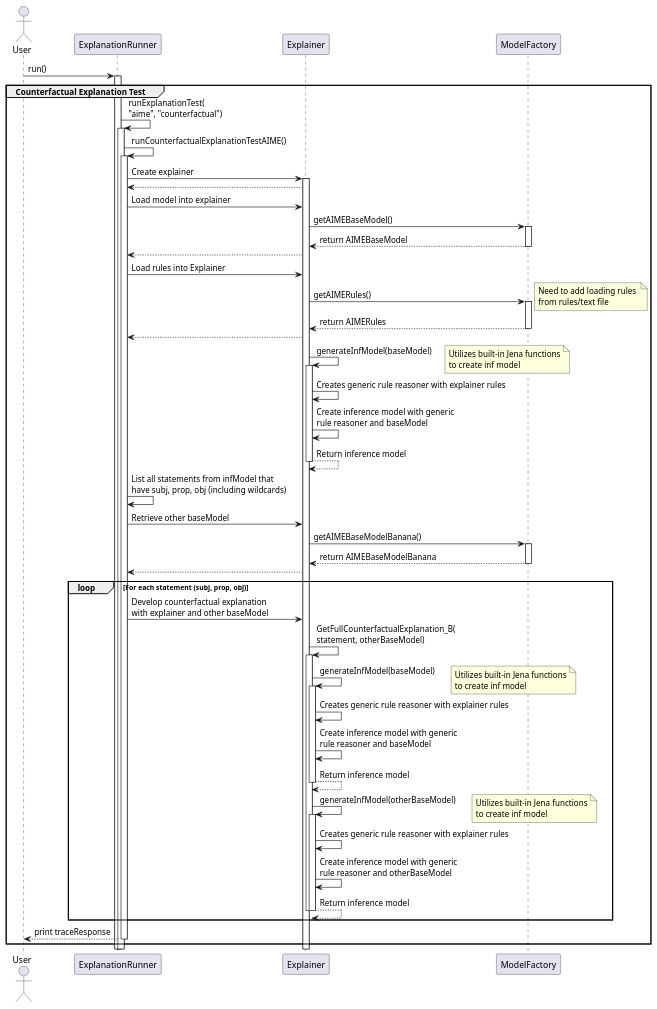
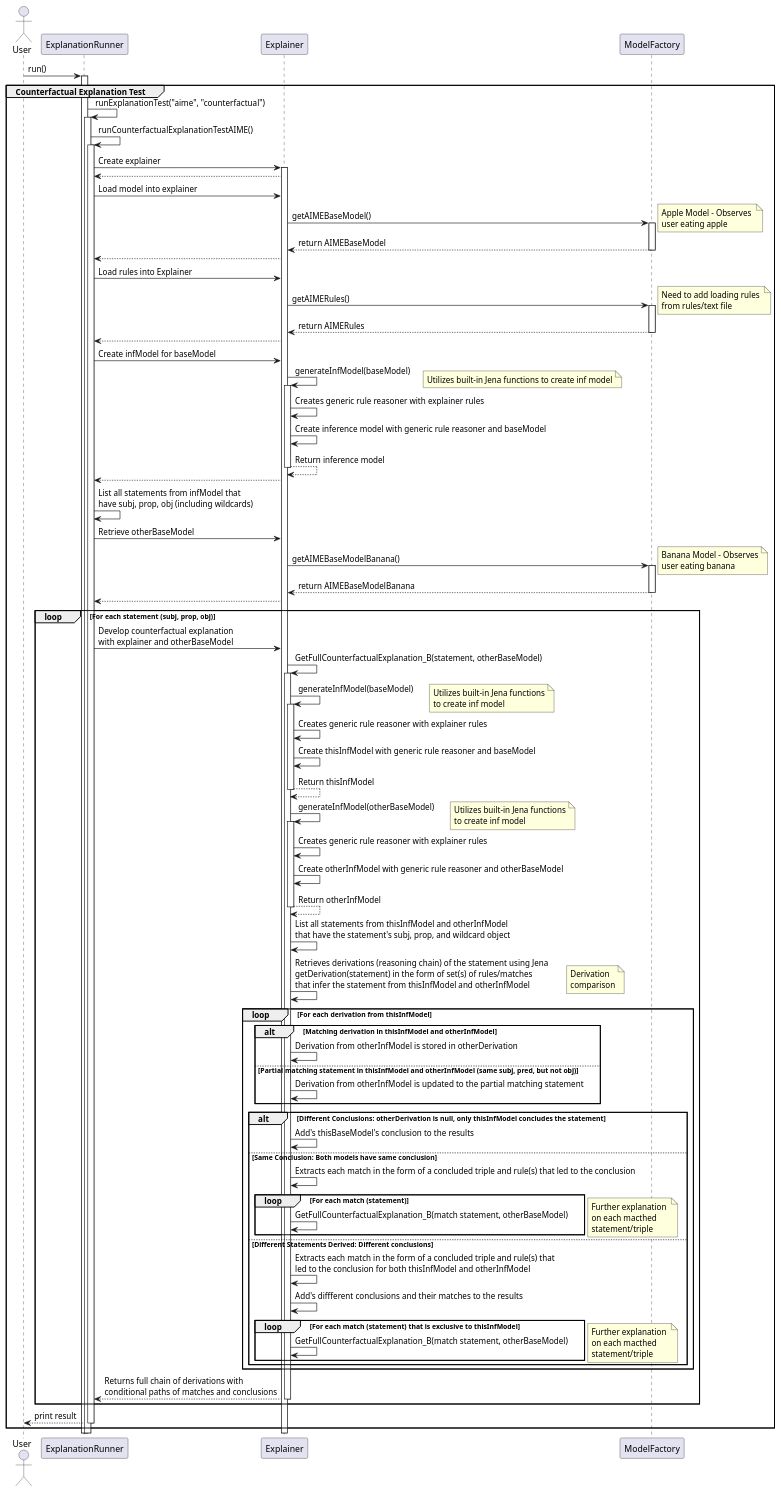
Before and after one commit to brains-group/androidReasoningPunya: the diagram in AndroidRules/app/src/main/java/wvw/mobile/rules/explanation/uml/counterfactual_exp_aime.puml, drawn with PlantUML. The commit also changed 5 other files, not shown here.

Commit message:
Updated counterfactual UML diagram and modified explanations

```diff
--- a/AndroidRules/app/src/main/java/wvw/mobile/rules/explanation/uml/counterfactual_exp_aime.puml
+++ b/AndroidRules/app/src/main/java/wvw/mobile/rules/explanation/uml/counterfactual_exp_aime.puml
@@ -1,114 +1,169 @@
-@startuml
+@startuml Counterfactual Explanation Test
+
 actor User
 participant "ExplanationRunner" as ER
 participant "Explainer" as E
 participant "ModelFactory" as MF
 
 User -> ER: run()
 
 group Counterfactual Explanation Test
     
     activate ER
 
-    ER -> ER: runExplanationTest(\n"aime", "counterfactual")
+    ER -> ER: runExplanationTest("aime", "counterfactual")
 
     activate ER
 
     ER -> ER: runCounterfactualExplanationTestAIME()
 
     activate ER
 
     ER -> E: Create explainer
     activate E
     E --> ER
 
     ER -> E: Load model into explainer
     
     E -> MF: getAIMEBaseModel()
     activate MF
+    note right
+      Apple Model - Observes 
+      user eating apple
+    end note
     E <-- MF: return AIMEBaseModel
     deactivate MF
     
     E --> ER
     ER -> E: Load rules into Explainer
     
     E -> MF: getAIMERules()
     activate MF
     note right
       Need to add loading rules 
       from rules/text file
     end note
     E <-- MF: return AIMERules
     deactivate MF
     
     E --> ER
     
+    ER -> E: Create infModel for baseModel
+    
     E -> E: generateInfModel(baseModel)
     note right
-      Utilizes built-in Jena functions
-      to create inf model
+      Utilizes built-in Jena functions to create inf model
     end note
     activate E
     
     E -> E: Creates generic rule reasoner with explainer rules
 
-    E -> E: Create inference model with generic \nrule reasoner and baseModel
+    E -> E: Create inference model with generic rule reasoner and baseModel
     
     E --> E: Return inference model
     deactivate E
+    
+    E --> ER
         
     ER -> ER: List all statements from infModel that \nhave subj, prop, obj (including wildcards)
     
-    ER -> E: Retrieve other baseModel
+    ER -> E: Retrieve otherBaseModel
     
     E -> MF: getAIMEBaseModelBanana()
     activate MF
+    note right
+      Banana Model - Observes
+      user eating banana
+    end note
     E <-- MF: return AIMEBaseModelBanana
     deactivate MF
     
     E --> ER
     
     loop For each statement (subj, prop, obj)
-        ER -> E: Develop counterfactual explanation \nwith explainer and other baseModel
-        E -> E: GetFullCounterfactualExplanation_B(\nstatement, otherBaseModel)
+        ER -> E: Develop counterfactual explanation \nwith explainer and otherBaseModel
+        E -> E: GetFullCounterfactualExplanation_B(statement, otherBaseModel)
       activate E
         E -> E: generateInfModel(baseModel)
         note right
           Utilizes built-in Jena functions
           to create inf model
         end note
         activate E
         
         E -> E: Creates generic rule reasoner with explainer rules
     
-        E -> E: Create inference model with generic \nrule reasoner and baseModel
+        E -> E: Create thisInfModel with generic rule reasoner and baseModel
         
-        E --> E: Return inference model
+        E --> E: Return thisInfModel
         deactivate E
         
         E -> E: generateInfModel(otherBaseModel)
         note right
           Utilizes built-in Jena functions
           to create inf model
         end note
         activate E
         
         E -> E: Creates generic rule reasoner with explainer rules
     
-        E -> E: Create inference model with generic \nrule reasoner and otherBaseModel
+        E -> E: Create otherInfModel with generic rule reasoner and otherBaseModel
         
-        E --> E: Return inference model
+        E --> E: Return otherInfModel
         deactivate E
         
+        E -> E: List all statements from thisInfModel and otherInfModel \nthat have the statement's subj, prop, and wildcard object
+
+        E -> E: Retrieves derivations (reasoning chain) of the statement using Jena \ngetDerivation(statement) in the form of set(s) of rules/matches \nthat infer the statement from thisInfModel and otherInfModel
+
+        loop For each derivation from thisInfModel
         
+          note right
+            Derivation 
+            comparison
+          end note
         
+          alt Matching derivation in thisInfModel and otherInfModel
+              E -> E: Derivation from otherInfModel is stored in otherDerivation
+          else Partial matching statement in thisInfModel and otherInfModel (same subj, pred, but not obj)
+              E -> E: Derivation from otherInfModel is updated to the partial matching statement
+          end
+          
+          alt Different Conclusions: otherDerivation is null, only thisInfModel concludes the statement
+              E -> E: Add's thisBaseModel's conclusion to the results
+          else Same Conclusion: Both models have same conclusion
+              E -> E: Extracts each match in the form of a concluded triple and rule(s) that led to the conclusion
+              loop For each match (statement)
+                E -> E: GetFullCounterfactualExplanation_B(match statement, otherBaseModel)
+              end loop
+              note right
+                Further explanation 
+                on each macthed 
+                statement/triple
+              end note
+          else Different Statements Derived: Different conclusions
+              E -> E: Extracts each match in the form of a concluded triple and rule(s) that \nled to the conclusion for both thisInfModel and otherInfModel
+              E -> E: Add's diffferent conclusions and their matches to the results
+              loop For each match (statement) that is exclusive to thisInfModel
+                E -> E: GetFullCounterfactualExplanation_B(match statement, otherBaseModel)
+              end loop
+              note right
+                Further explanation 
+                on each macthed 
+                statement/triple
+              end note
+          end
+          
+        end loop
+        
+        E --> ER: Returns full chain of derivations with \nconditional paths of matches and conclusions
         
       deactivate E
     end loop
         
-
-    ER --> User: print traceResponse
+    ER --> User: print result
     deactivate ER
 
 end group
+
 @enduml
```
